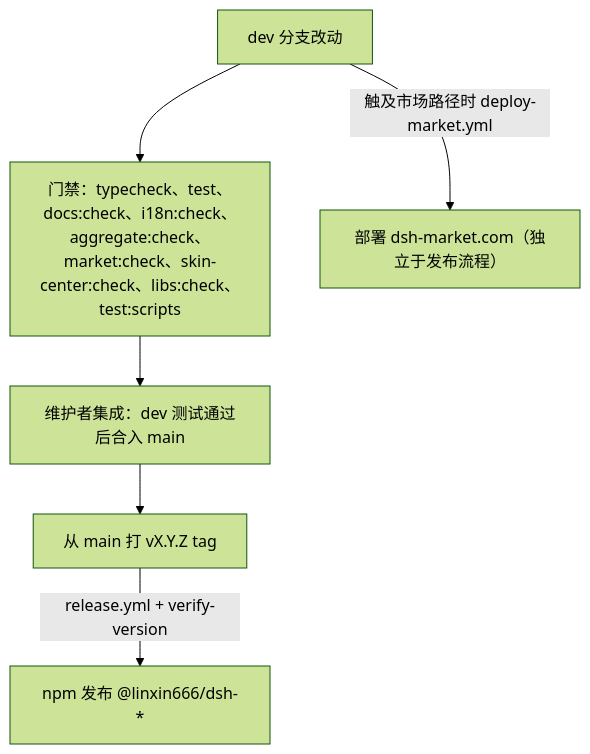
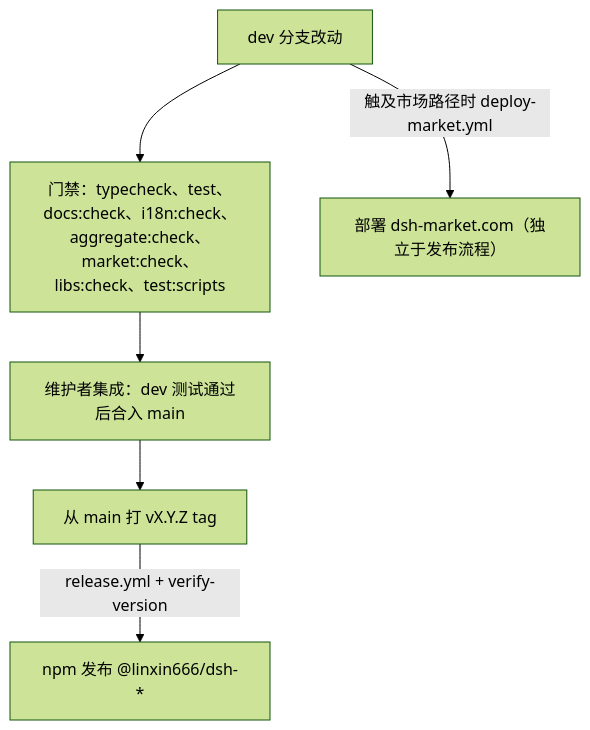
Before and after one commit to JuWei231/dsh-web: the ninth of 9 diagrams in docs/architecture.md, drawn with Mermaid (forest theme). The commit also changed 7 other files, not shown here.

````diff
--- a/docs/architecture.md
+++ b/docs/architecture.md
@@ -201,8 +201,8 @@
 ```mermaid
 flowchart TB
-    DEV["dev 分支改动"] --> G["门禁：typecheck、test、docs:check、i18n:check、aggregate:check、market:check、skin-center:check、libs:check、test:scripts"]
+    DEV["dev 分支改动"] --> G["门禁：typecheck、test、docs:check、i18n:check、aggregate:check、market:check、libs:check、test:scripts"]
     G --> M["维护者集成：dev 测试通过后合入 main"]
     M --> T["从 main 打 vX.Y.Z tag"]
     T -- "release.yml + verify-version" --> NPM["npm 发布 @linxin666/dsh-*"]
     DEV -- "触及市场路径时 deploy-market.yml" --> DEP["部署 dsh-market.com（独立于发布流程）"]
 ```
````
